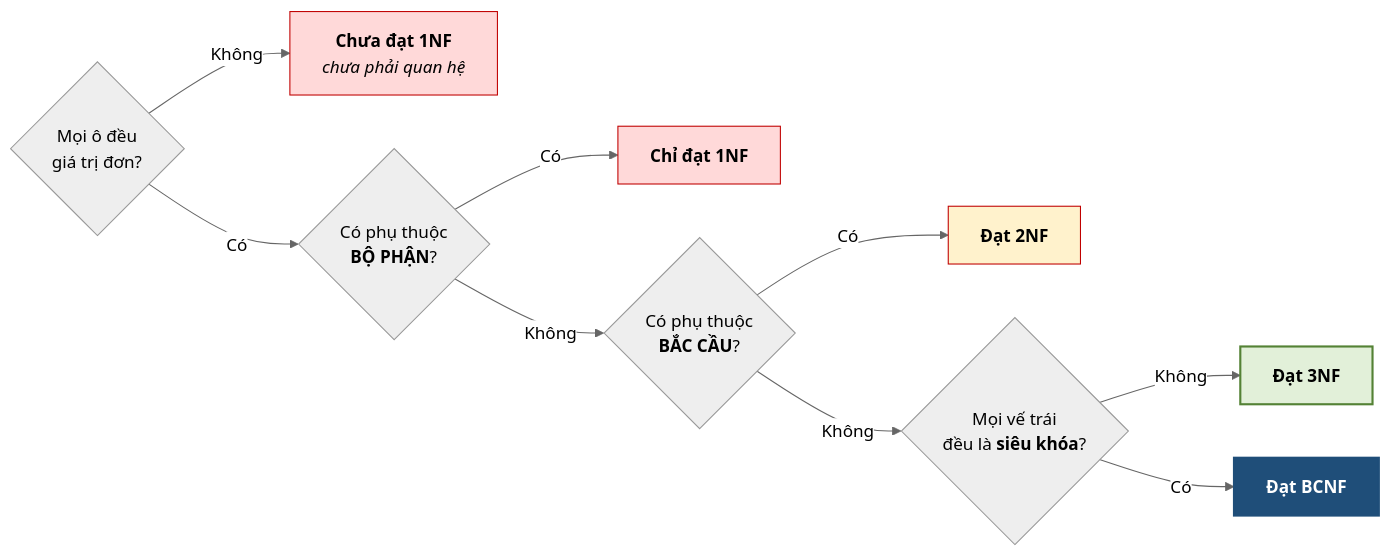
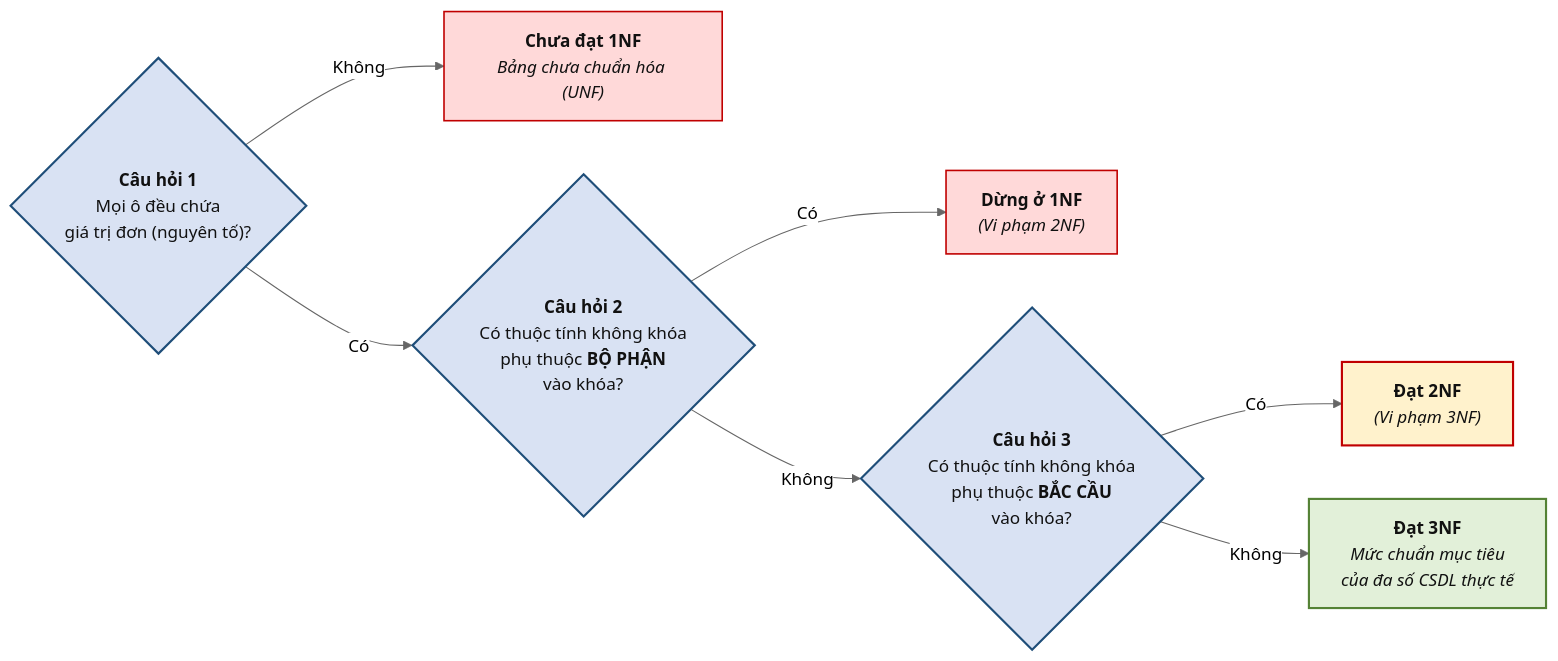
The diagram in docs/chuong-5/5-7-cac-dang-chuan-1nf-2nf-3nf.md (CuongNguyenDAU/csdl-dbs201), drawn with Mermaid (neutral theme) before and after one commit. The commit also changed other lines of this file and 123 other files, not shown here.

Commit message:
Cập nhật bài giảng v7: sơ đồ ER ký pháp Chen, hình minh họa tự vẽ, mở rộng toàn diện Chương 5 và bổ sung lời giải A4, B5

````diff
--- a/docs/chuong-5/5-7-cac-dang-chuan-1nf-2nf-3nf.md
+++ b/docs/chuong-5/5-7-cac-dang-chuan-1nf-2nf-3nf.md
@@ -77,16 +288,16 @@
 ```mermaid
 flowchart LR
-    Q1{"Mọi ô đều<br/>giá trị đơn?"} -->|"Không"| N0["<b>Chưa đạt 1NF</b><br/><i>chưa phải quan hệ</i>"]
-    Q1 -->|"Có"| Q2{"Có phụ thuộc<br/><b>BỘ PHẬN</b>?"}
-    Q2 -->|"Có"| N1["<b>Chỉ đạt 1NF</b>"]
-    Q2 -->|"Không"| Q3{"Có phụ thuộc<br/><b>BẮC CẦU</b>?"}
-    Q3 -->|"Có"| N2["<b>Đạt 2NF</b>"]
-    Q3 -->|"Không"| Q4{"Mọi vế trái<br/>đều là <b>siêu khóa</b>?"}
-    Q4 -->|"Không"| N3["<b>Đạt 3NF</b>"]
-    Q4 -->|"Có"| N4["<b>Đạt BCNF</b>"]
-    style N0 fill:#FFD9D9,stroke:#C00000
-    style N1 fill:#FFD9D9,stroke:#C00000
-    style N2 fill:#FFF2CC,stroke:#C00000
-    style N3 fill:#E2F0D9,stroke:#548235,stroke-width:2px
-    style N4 fill:#1F4E79,color:#fff,stroke:#1F4E79,stroke-width:2px
+    Q1{"<b>Câu hỏi 1</b><br/>Mọi ô đều chứa<br/>giá trị đơn (nguyên tố)?"} -->|"Không"| N0["<b>Chưa đạt 1NF</b><br/><i>Bảng chưa chuẩn hóa (UNF)</i>"]
+    Q1 -->|"Có"| Q2{"<b>Câu hỏi 2</b><br/>Có thuộc tính không khóa<br/>phụ thuộc <b>BỘ PHẬN</b><br/>vào khóa?"}
+    Q2 -->|"Có"| N1["<b>Dừng ở 1NF</b><br/><i>(Vi phạm 2NF)</i>"]
+    Q2 -->|"Không"| Q3{"<b>Câu hỏi 3</b><br/>Có thuộc tính không khóa<br/>phụ thuộc <b>BẮC CẦU</b><br/>vào khóa?"}
+    Q3 -->|"Có"| N2["<b>Đạt 2NF</b><br/><i>(Vi phạm 3NF)</i>"]
+    Q3 -->|"Không"| N3["<b>Đạt 3NF</b><br/><i>Mức chuẩn mục tiêu<br/>của đa số CSDL thực tế</i>"]
+    style Q1 fill:#D9E2F3,color:#111111,stroke:#1F4E79,stroke-width:2px
+    style Q2 fill:#D9E2F3,color:#111111,stroke:#1F4E79,stroke-width:2px
+    style Q3 fill:#D9E2F3,color:#111111,stroke:#1F4E79,stroke-width:2px
+    style N0 fill:#FFD9D9,color:#111111,stroke:#C00000,stroke-width:1.5px
+    style N1 fill:#FFD9D9,color:#111111,stroke:#C00000,stroke-width:1.5px
+    style N2 fill:#FFF2CC,color:#111111,stroke:#C00000,stroke-width:2px
+    style N3 fill:#E2F0D9,color:#111111,stroke:#548235,stroke-width:2px
 ```
````
